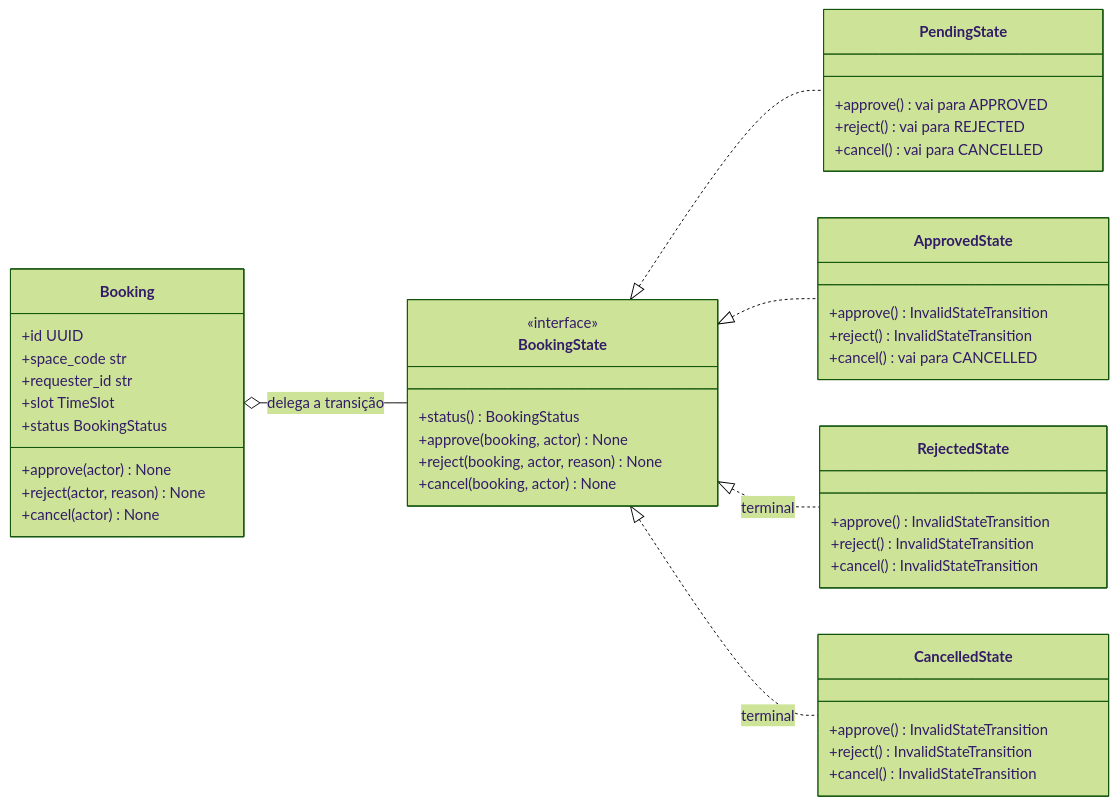
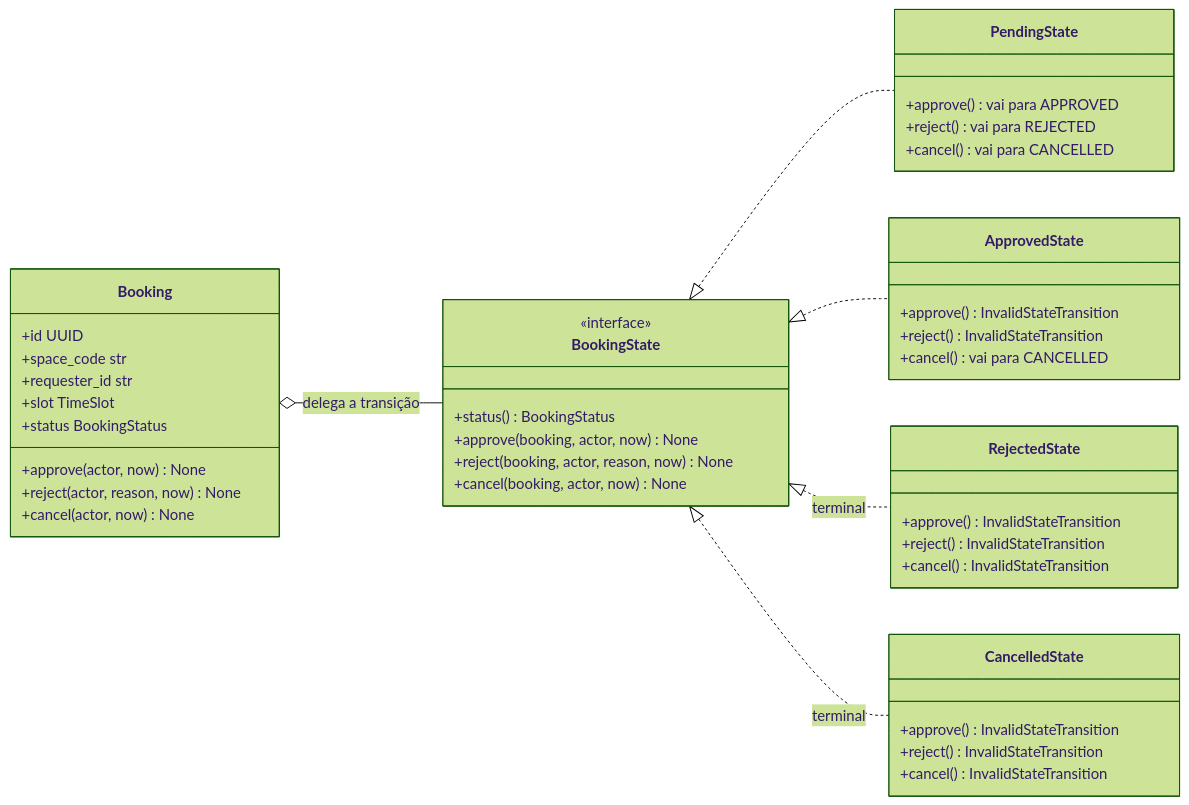
One commit to ziulG/AgendaLab changed the seventh of 10 diagrams in docs/ARQUITETURA.md. Above: the diagram before and after it, drawn with Mermaid (forest theme). The commit also changed 8 other files, not shown here.

````diff
--- a/docs/ARQUITETURA.md
+++ b/docs/ARQUITETURA.md
@@ -314,53 +314,53 @@
 ```mermaid
 classDiagram
     direction LR
 
     class Booking {
         +id UUID
         +space_code str
         +requester_id str
         +slot TimeSlot
         +status BookingStatus
-        +approve(actor) None
-        +reject(actor, reason) None
-        +cancel(actor) None
+        +approve(actor, now) None
+        +reject(actor, reason, now) None
+        +cancel(actor, now) None
     }
 
     class BookingState {
         <<interface>>
         +status() BookingStatus
-        +approve(booking, actor) None
-        +reject(booking, actor, reason) None
-        +cancel(booking, actor) None
+        +approve(booking, actor, now) None
+        +reject(booking, actor, reason, now) None
+        +cancel(booking, actor, now) None
     }
 
     class PendingState {
         +approve() vai para APPROVED
         +reject() vai para REJECTED
         +cancel() vai para CANCELLED
     }
 
     class ApprovedState {
         +approve() InvalidStateTransition
         +reject() InvalidStateTransition
         +cancel() vai para CANCELLED
     }
 
     class RejectedState {
         +approve() InvalidStateTransition
         +reject() InvalidStateTransition
         +cancel() InvalidStateTransition
     }
 
     class CancelledState {
         +approve() InvalidStateTransition
         +reject() InvalidStateTransition
         +cancel() InvalidStateTransition
     }
 
     BookingState <|.. PendingState
     BookingState <|.. ApprovedState
     BookingState <|.. RejectedState : terminal
     BookingState <|.. CancelledState : terminal
     Booking o-- BookingState : delega a transição
 ```
````
